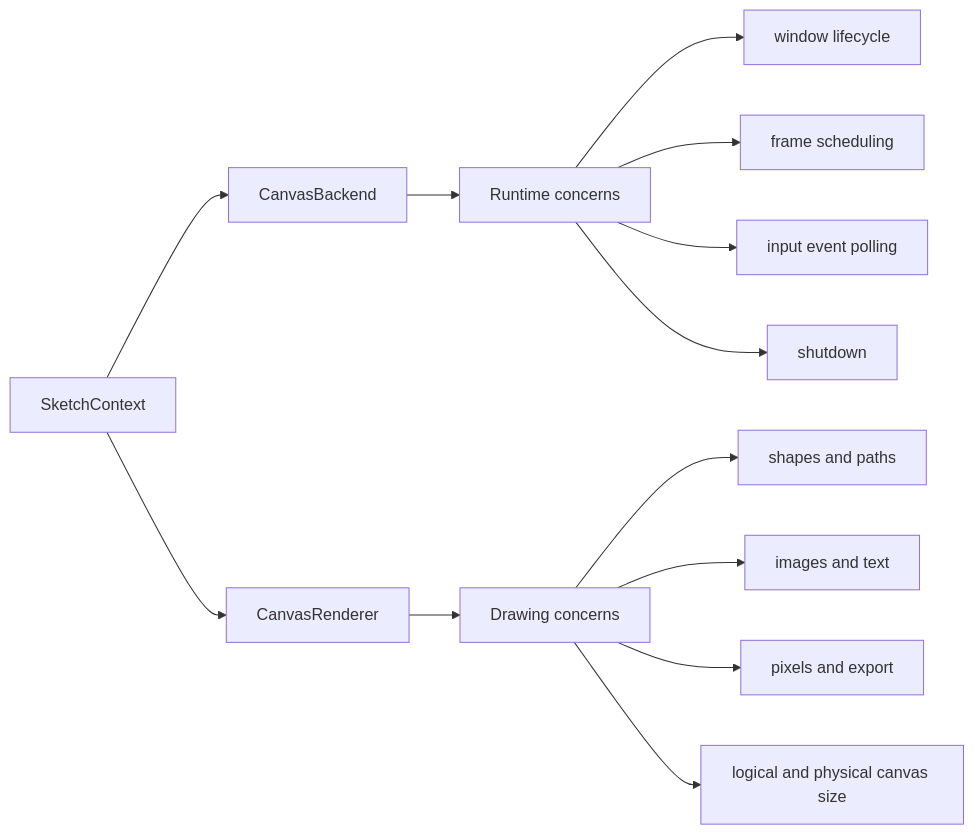
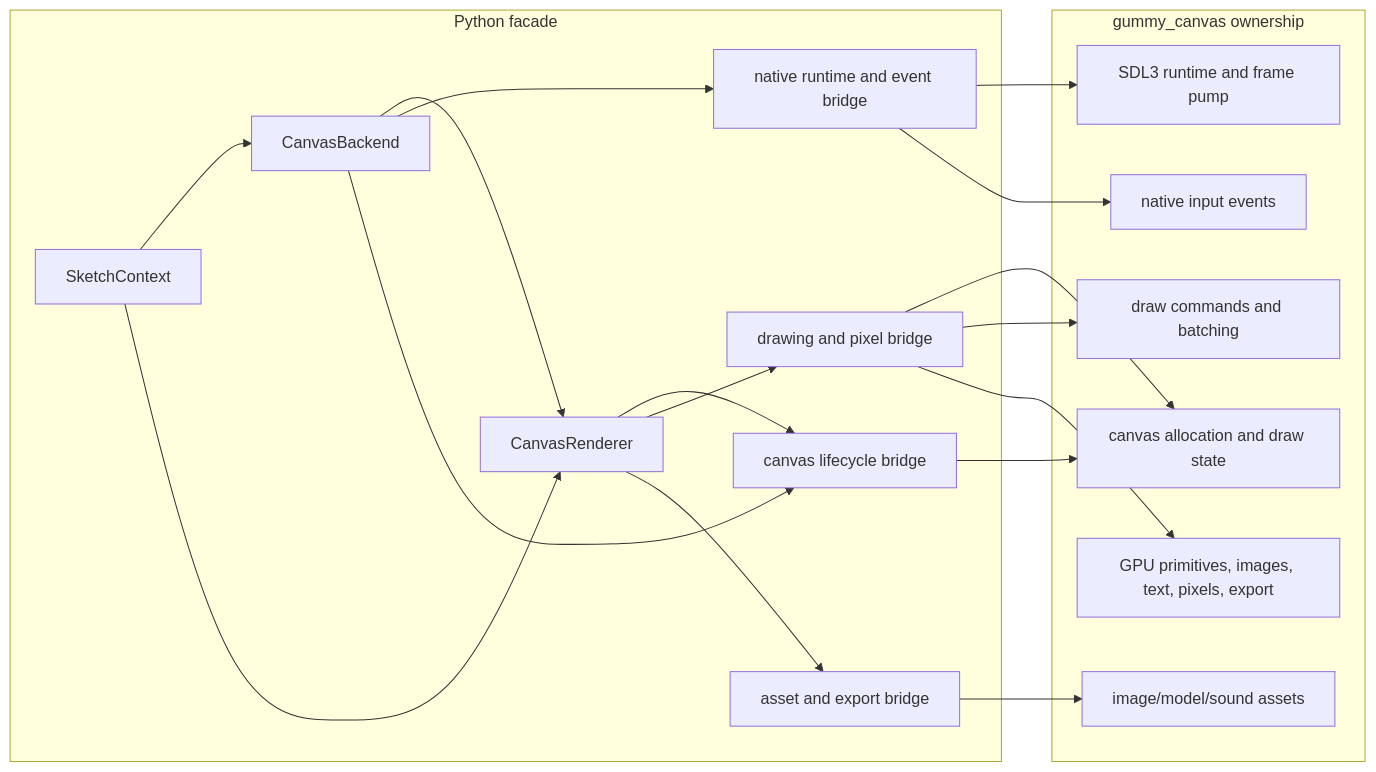
Before and after one commit to JonathanHHenson/gummy_snake: the first of 2 diagrams in docs/contribute/backend_renderer.md, drawn with Mermaid. The commit also changed 4 other files, not shown here.

Commit message:
Clarify runtime and adapter architecture docs

````diff
--- a/docs/contribute/backend_renderer.md
+++ b/docs/contribute/backend_renderer.md
@@ -6,18 +6,37 @@
 ```mermaid
 flowchart LR
-    Context[SketchContext] --> Backend[CanvasBackend]
-    Context --> Renderer[CanvasRenderer]
+    subgraph Python["Python facade"]
+        Context[SketchContext]
+        Backend[CanvasBackend]
+        Renderer[CanvasRenderer]
+        RuntimeBridge[native runtime and event bridge]
+        CanvasBridge[canvas lifecycle bridge]
+        DrawBridge[drawing and pixel bridge]
+        AssetBridge[asset and export bridge]
+    end
 
-    Backend --> Runtime[Runtime concerns]
-    Renderer --> Drawing[Drawing concerns]
+    subgraph Rust["gummy_canvas ownership"]
+        Runtime[SDL3 runtime and frame pump]
+        Canvas[canvas allocation and draw state]
+        Commands[draw commands and batching]
+        Drawing[GPU primitives, images, text, pixels, export]
+        Assets[image/model/sound assets]
+        Events[native input events]
+    end
 
-    Runtime --> Windows[window lifecycle]
-    Runtime --> Frames[frame scheduling]
-    Runtime --> Events[input event polling]
-    Runtime --> Shutdown[shutdown]
-
-    Drawing --> Primitives[shapes and paths]
-    Drawing --> Assets[images and text]
-    Drawing --> Pixels[pixels and export]
-    Drawing --> Surface[logical and physical canvas size]
+    Context --> Backend
+    Context --> Renderer
+    Backend --> Renderer
+    Backend --> RuntimeBridge
+    Backend --> CanvasBridge
+    Renderer --> CanvasBridge
+    Renderer --> DrawBridge
+    Renderer --> AssetBridge
+    RuntimeBridge --> Runtime
+    RuntimeBridge --> Events
+    CanvasBridge --> Canvas
+    DrawBridge --> Canvas
+    DrawBridge --> Commands
+    DrawBridge --> Drawing
+    AssetBridge --> Assets
 ```
````
